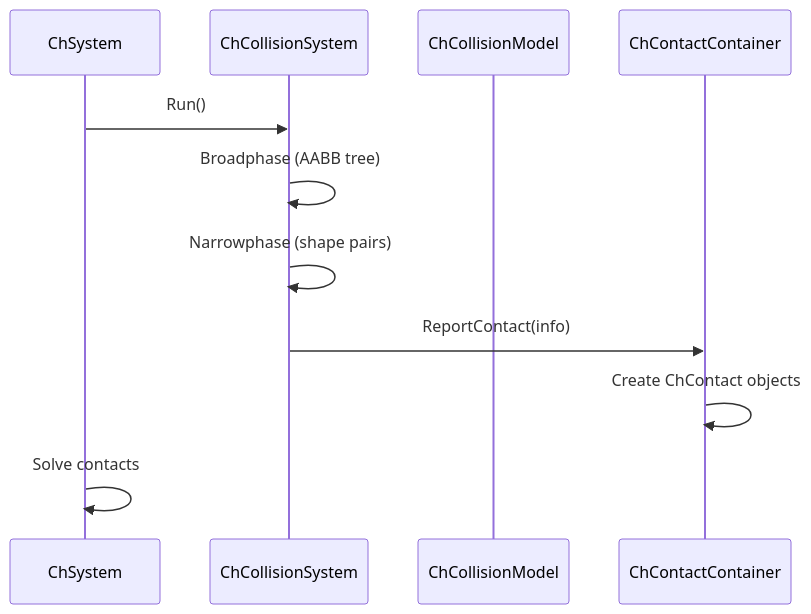
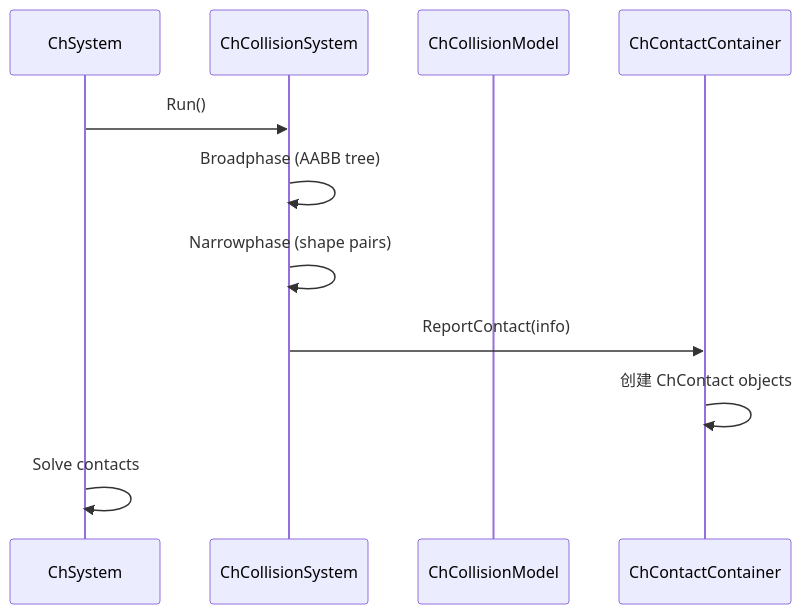
One commit to fancifulland2718/chrono changed the third of 3 diagrams in readings/folder-analysis-collision.md. Above: the diagram before and after it, drawn with Mermaid. The commit also changed other lines of this file and 10 other files, not shown here.

````diff
--- a/readings/folder-analysis-collision.md
+++ b/readings/folder-analysis-collision.md
@@ -531,14 +531,14 @@
 ```mermaid
 sequenceDiagram
     participant System as ChSystem
     participant CollSys as ChCollisionSystem
     participant CollMod as ChCollisionModel
     participant Contact as ChContactContainer
     
     System->>CollSys: Run()
     CollSys->>CollSys: Broadphase (AABB tree)
     CollSys->>CollSys: Narrowphase (shape pairs)
     CollSys->>Contact: ReportContact(info)
-    Contact->>Contact: Create ChContact objects
+    Contact->>Contact: 创建 ChContact objects
     System->>System: Solve contacts
 ```
````
